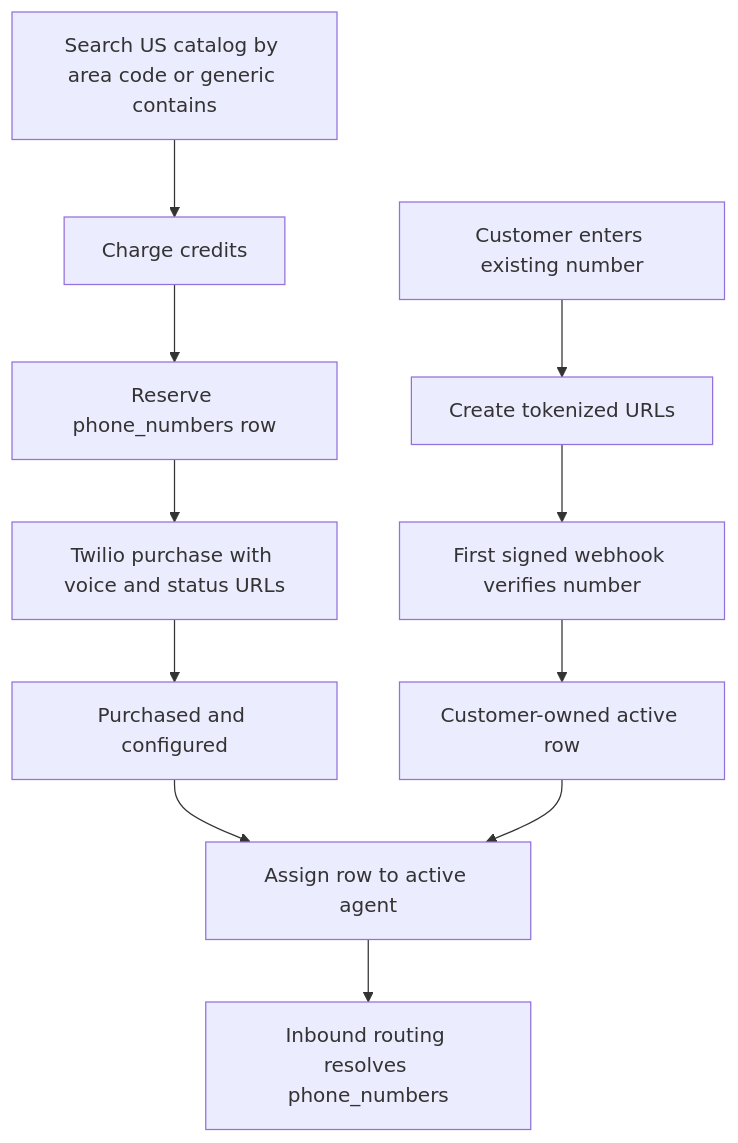
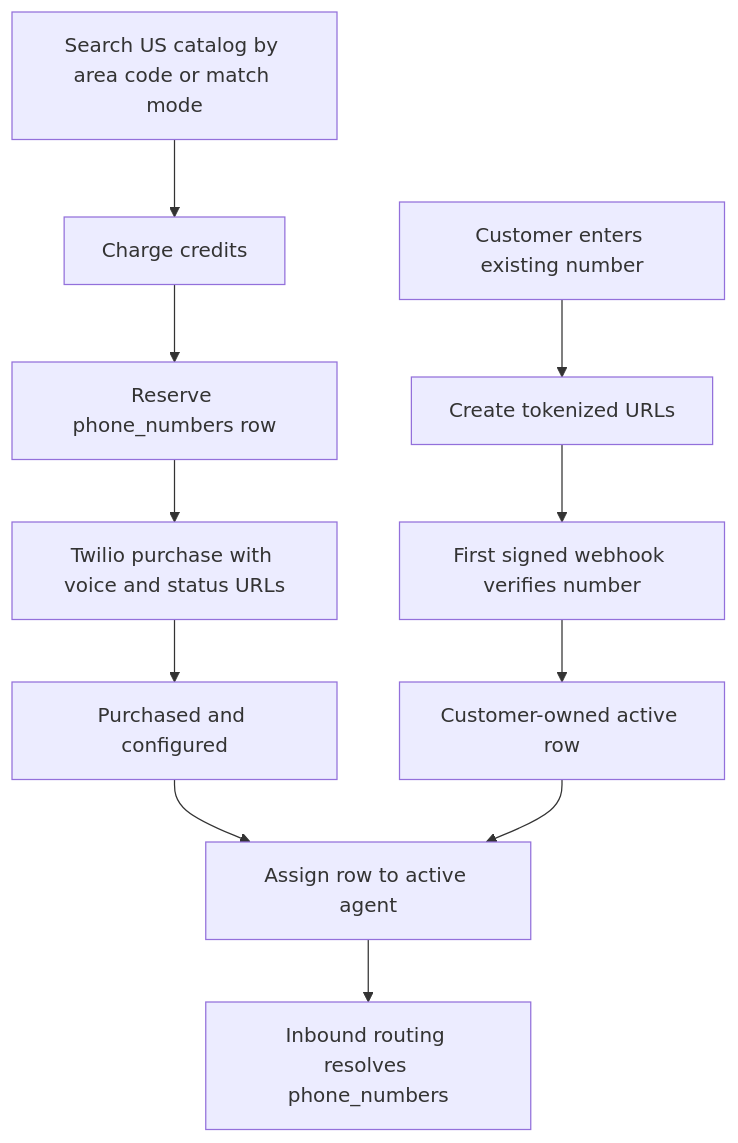
One commit to gauravdhiman/a1-voice-agent-platform changed the diagram in docs/PRD-phone-numbers.md. Above: the diagram before and after it, drawn with Mermaid. The commit also changed other lines of this file and 38 other files, not shown here.

````diff
--- a/docs/PRD-phone-numbers.md
+++ b/docs/PRD-phone-numbers.md
@@ -45,13 +48,13 @@
 ```mermaid
 flowchart TD
-    Search[Search US catalog by area code or generic contains] --> Buy[Charge credits]
+    Search[Search US catalog by area code or match mode] --> Buy[Charge credits]
     Buy --> Reserve[Reserve phone_numbers row]
     Reserve --> Twilio[Twilio purchase with voice and status URLs]
     Twilio --> Ready[Purchased and configured]
     Existing[Customer enters existing number] --> Token[Create tokenized URLs]
     Token --> Verify[First signed webhook verifies number]
     Verify --> Connected[Customer-owned active row]
     Ready --> Assign[Assign row to active agent]
     Connected --> Assign
     Assign --> Route[Inbound routing resolves phone_numbers]
 ```
````
